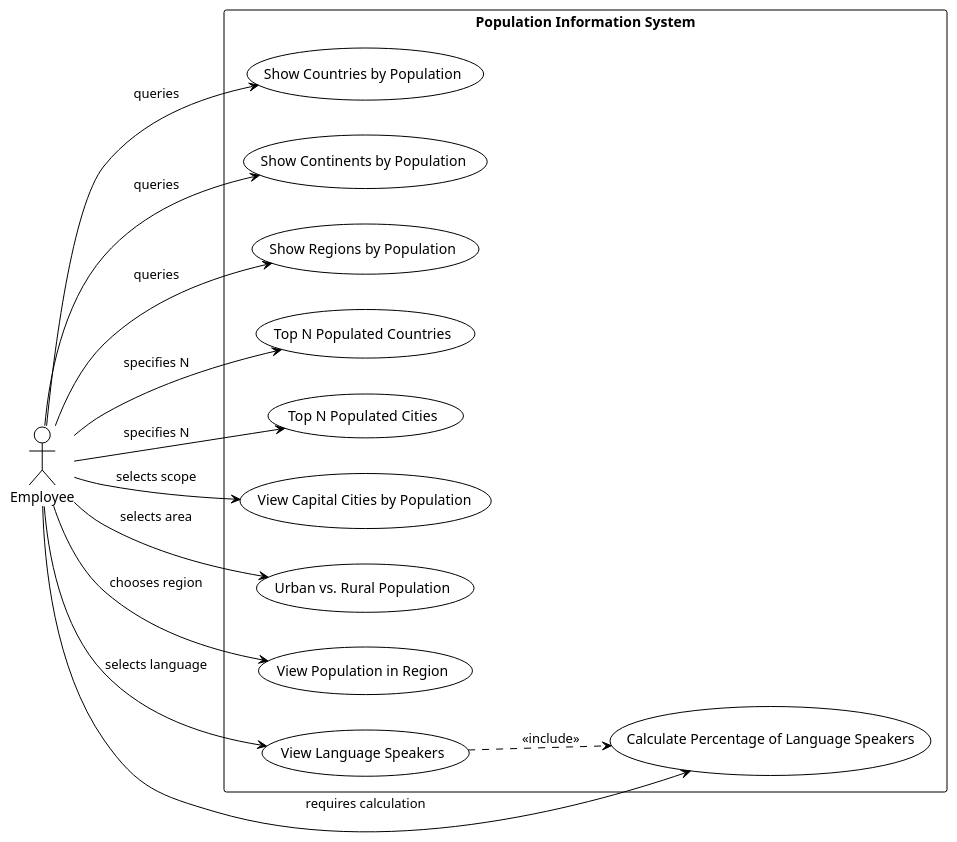
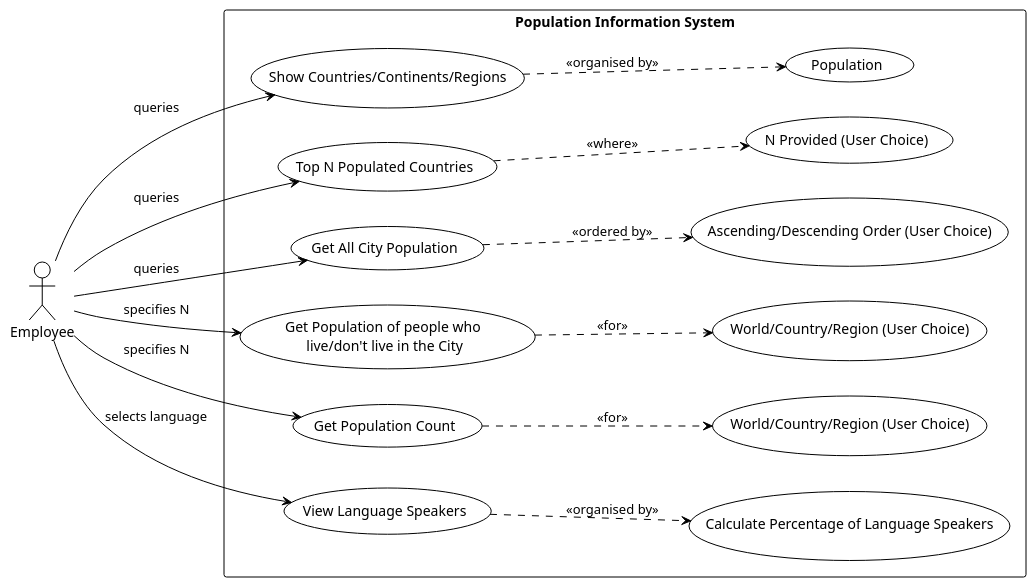
Before and after one commit to rereversed/set08103-Group4: the diagram in usecasediagram.puml, drawn with PlantUML.

Commit message:
Updated Use Case Diagram

```diff
--- a/usecasediagram.puml
+++ b/usecasediagram.puml
@@ -2,35 +2,41 @@
 @startuml
 !theme plain
 
 left to right direction
 actor Employee as e
 
 rectangle "Population Information System" {
 
-  usecase "Show Countries by Population" as UC1
-  usecase "Show Continents by Population" as UC2
-  usecase "Show Regions by Population" as UC3
-  usecase "Top N Populated Countries" as UC4
-  usecase "Top N Populated Cities" as UC5
-  usecase "View Capital Cities by Population" as UC6
-  usecase "Urban vs. Rural Population" as UC7
-  usecase "View Population in Region" as UC8
-  usecase "View Language Speakers" as UC9
-  usecase "Calculate Percentage of Language Speakers" as UC10
+  usecase "Show Countries/Continents/Regions" as UC1
+  usecase "Top N Populated Countries" as UC2
+  usecase "Get All City Population" as UC3
+  usecase "Get Population of people who \nlive/don't live in the City" as UC4
+  usecase "Get Population Count" as UC5
+  usecase "View Language Speakers" as UC6
 
-  UC9 ..> UC10 : "<<include>>"
+  usecase "Population" as UCa
+  usecase "N Provided (User Choice)" as UCb
+  usecase "Ascending/Descending Order (User Choice)" as UCc
+  usecase "World/Country/Region (User Choice)" as UCd
+  usecase "World/Country/Region (User Choice)" as UCe
+  usecase "Calculate Percentage of Language Speakers" as UCf
+
+
+  UC1 ..> UCa : "<<organised by>>"
+  UC2 ..> UCb : "<<where>>"
+  UC3 ..> UCc : "<<ordered by>>"
+  UC4 ..> UCd : "<<for>>"
+  UC5 ..> UCe : "<<for>>"
+  UC6 ..> UCf : "<<organised by>>"
 
 }
 
 e --> UC1 : "queries"
 e --> UC2 : "queries"
 e --> UC3 : "queries"
 e --> UC4 : "specifies N"
 e --> UC5 : "specifies N"
-e --> UC6 : "selects scope"
-e --> UC7 : "selects area"
-e --> UC8 : "chooses region"
-e --> UC9 : "selects language"
-e --> UC10 : "requires calculation"
+e --> UC6 : "selects language"
+
 
 @enduml
```
